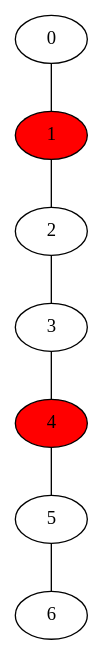
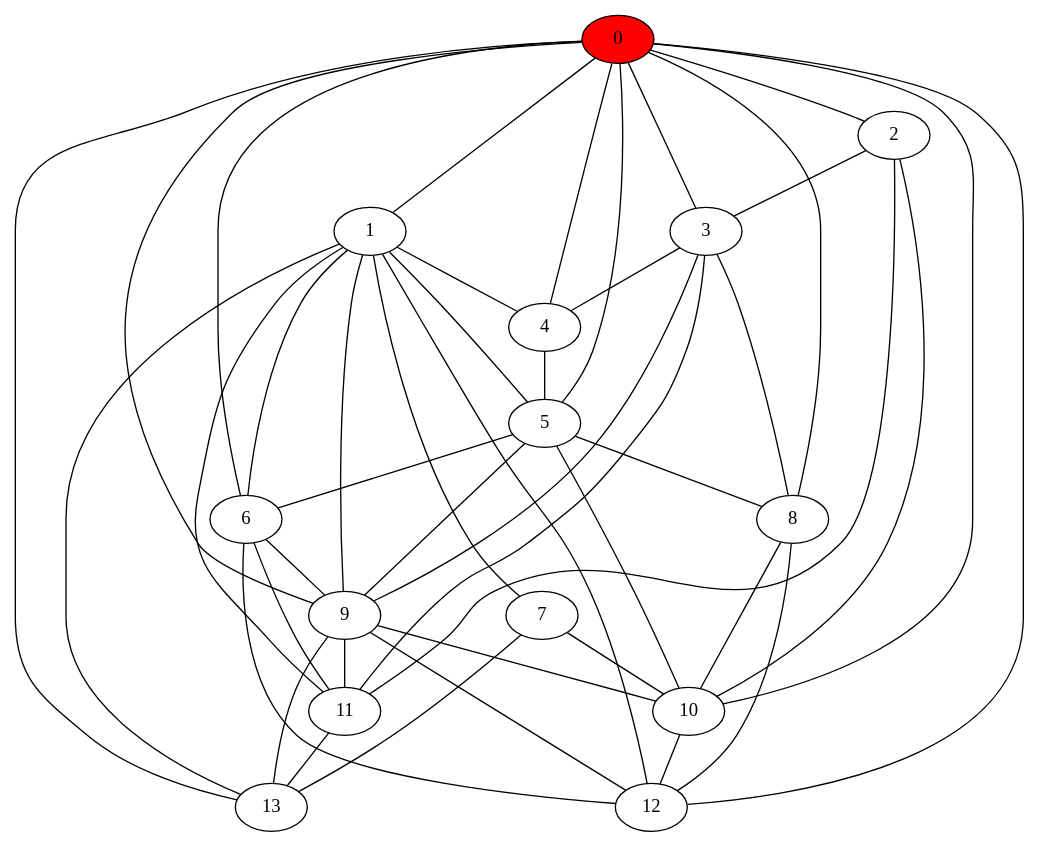
The diagram in vkr/vkr/romanKDomSet.gv (brimst0ne/vkr), drawn with Graphviz before and after one commit. The commit also changed 37 other files, not shown here.

```diff
--- a/vkr/vkr/romanKDomSet.gv
+++ b/vkr/vkr/romanKDomSet.gv
@@ -1,17 +1,61 @@
 graph romanKDomSet {
 	0;
 	1;
 	2;
 	3;
 	4;
 	5;
 	6;
+	7;
+	8;
+	9;
+	10;
+	11;
+	12;
+	13;
 	0 -- 1;
-	1 -- 2;
+	0 -- 2;
+	0 -- 3;
+	0 -- 4;
+	0 -- 5;
+	0 -- 6;
+	0 -- 8;
+	0 -- 9;
+	0 -- 10;
+	0 -- 12;
+	0 -- 13;
+	1 -- 4;
+	1 -- 5;
+	1 -- 6;
+	1 -- 7;
+	1 -- 9;
+	1 -- 11;
+	1 -- 12;
+	1 -- 13;
 	2 -- 3;
+	2 -- 10;
+	2 -- 11;
 	3 -- 4;
+	3 -- 8;
+	3 -- 9;
+	3 -- 11;
 	4 -- 5;
 	5 -- 6;
-    1 [style=filled, fillcolor=red];
-    4 [style=filled, fillcolor=red];
+	5 -- 8;
+	5 -- 9;
+	5 -- 10;
+	6 -- 9;
+	6 -- 11;
+	6 -- 12;
+	7 -- 10;
+	7 -- 13;
+	8 -- 10;
+	8 -- 12;
+	9 -- 10;
+	9 -- 11;
+	9 -- 12;
+	9 -- 13;
+	10 -- 12;
+	11 -- 13;
+    0 [style=filled, fillcolor=red];
 }
```
